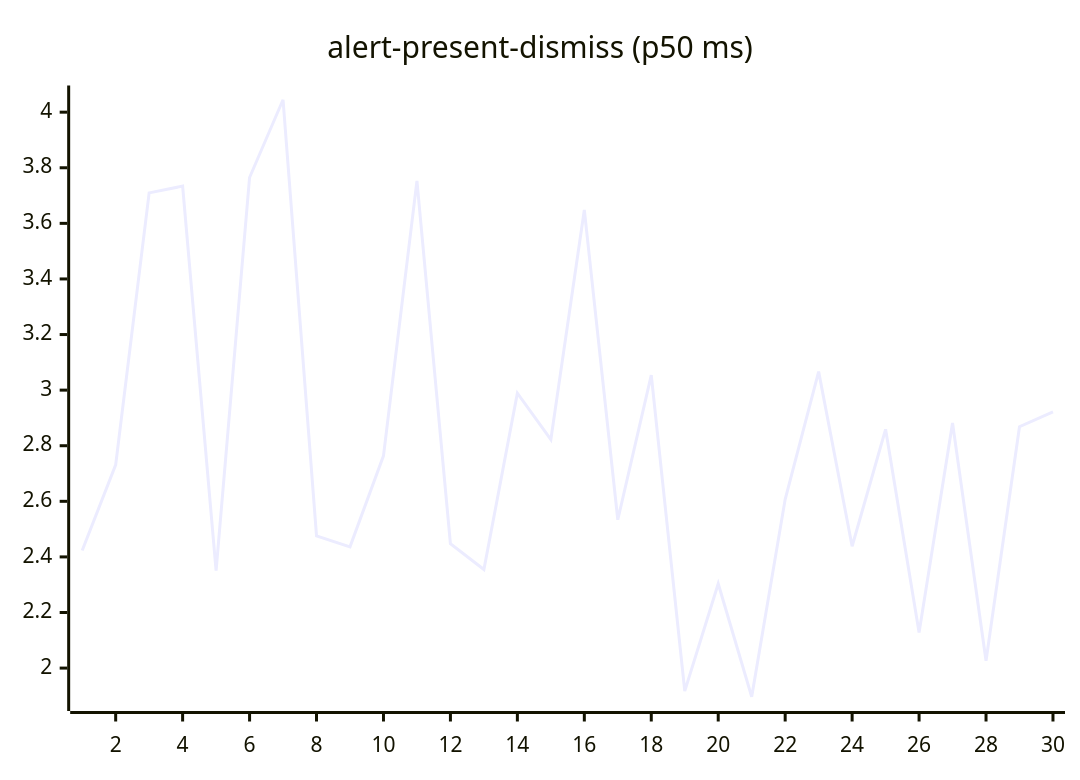
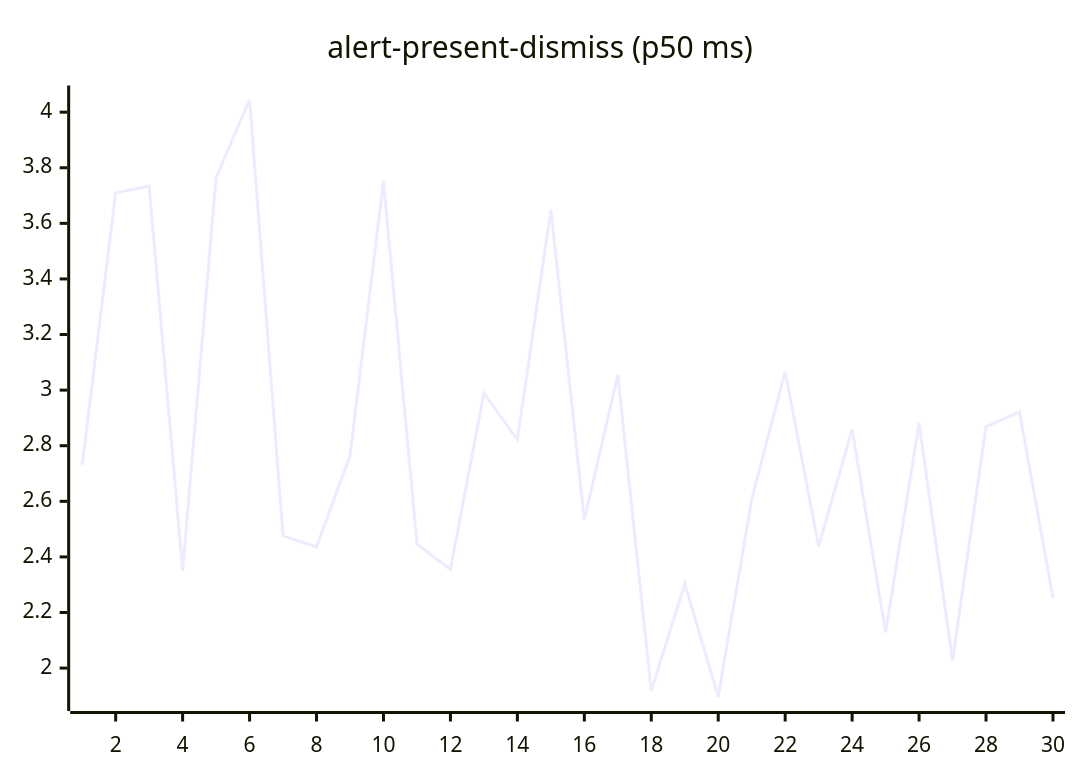
The second of 27 diagrams in README.md (josha/Facet), drawn with Mermaid before and after one commit. The commit also changed other lines of this file and 2 other files, not shown here.

````diff
--- a/README.md
+++ b/README.md
@@ -70,6 +70,6 @@
 ```mermaid
 xychart-beta
     title "alert-present-dismiss (p50 ms)"
     x-axis 1 --> 30
-    line [2.4232, 2.7312, 3.7096, 3.7340, 2.3506, 3.7650, 4.0447, 2.4759, 2.4363, 2.7635, 3.7527, 2.4474, 2.3546, 2.9892, 2.8222, 3.6482, 2.5337, 3.0542, 1.9177, 2.3034, 1.8969, 2.6071, 3.0667, 2.4384, 2.8591, 2.1282, 2.8816, 2.0266, 2.8685, 2.9214]
+    line [2.7312, 3.7096, 3.7340, 2.3506, 3.7650, 4.0447, 2.4759, 2.4363, 2.7635, 3.7527, 2.4474, 2.3546, 2.9892, 2.8222, 3.6482, 2.5337, 3.0542, 1.9177, 2.3034, 1.8969, 2.6071, 3.0667, 2.4384, 2.8591, 2.1282, 2.8816, 2.0266, 2.8685, 2.9214, 2.2534]
 ```
````
